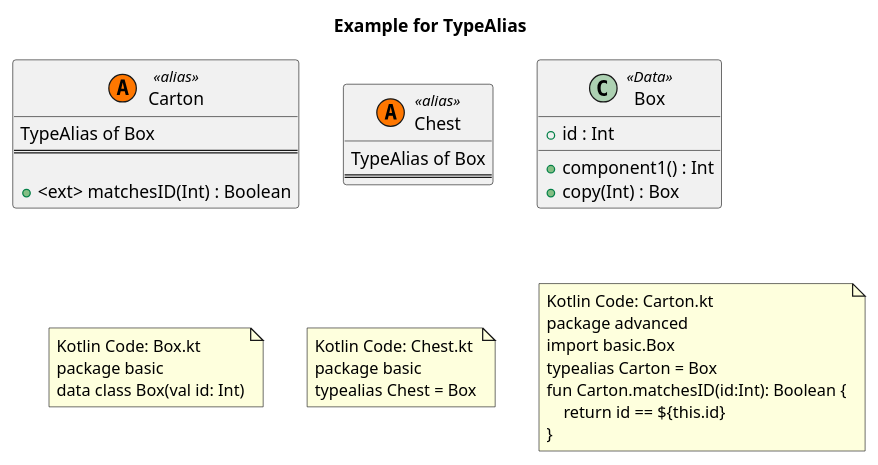
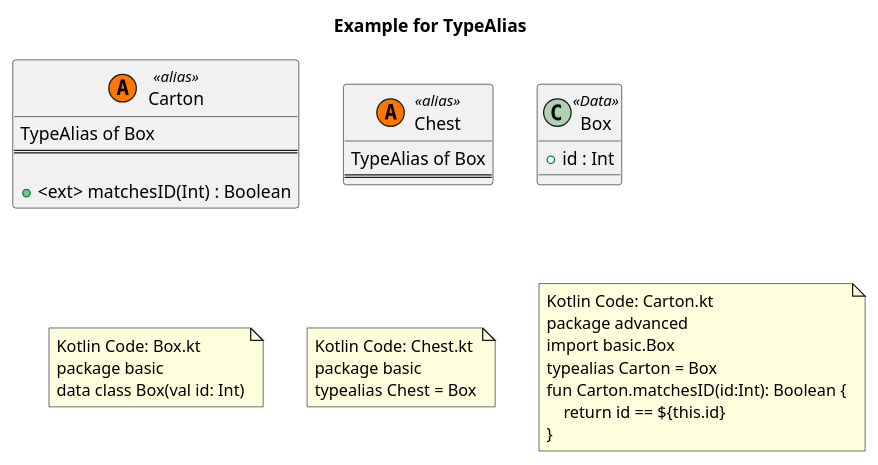
One commit to Tosaa/ksp-plantuml changed the diagram in doc/plantuml/Example_for_TypeAlias.puml. Above: the diagram before and after it, drawn with PlantUML. The commit also changed 24 other files, not shown here.

```diff
--- a/doc/plantuml/Example_for_TypeAlias.puml
+++ b/doc/plantuml/Example_for_TypeAlias.puml
@@ -1,50 +1,48 @@
 @startuml
 title Example for TypeAlias
 'This file is generated by the GenerateExamplesForDoc test.
 
     'advanced.Carton
     class "Carton" as advanced_Carton << (A, #FF7700) alias>>{
         TypeAlias of Box
 		==
 
 		+ <ext> matchesID(Int) : Boolean
     }
 
 
     'basic.Chest
     class "Chest" as basic_Chest << (A, #FF7700) alias>>{
         TypeAlias of Box
 		==
     }
 
 
     'basic.Box
     class "Box" as basic_Box <<Data>>{
         + id : Int
-		+ component1() : Int
-		+ copy(Int) : Box
     }
 
 
 
 note as note_of_code_box
 Kotlin Code: Box.kt
 package basic
 data class Box(val id: Int)
 end note
 note as note_of_code_chest
 Kotlin Code: Chest.kt
 package basic
 typealias Chest = Box
 end note
 note as note_of_code_carton
 Kotlin Code: Carton.kt
 package advanced
 import basic.Box
 typealias Carton = Box
 fun Carton.matchesID(id:Int): Boolean {
     return id == ${this.id} 
 }
 end note
 
 @enduml
```
